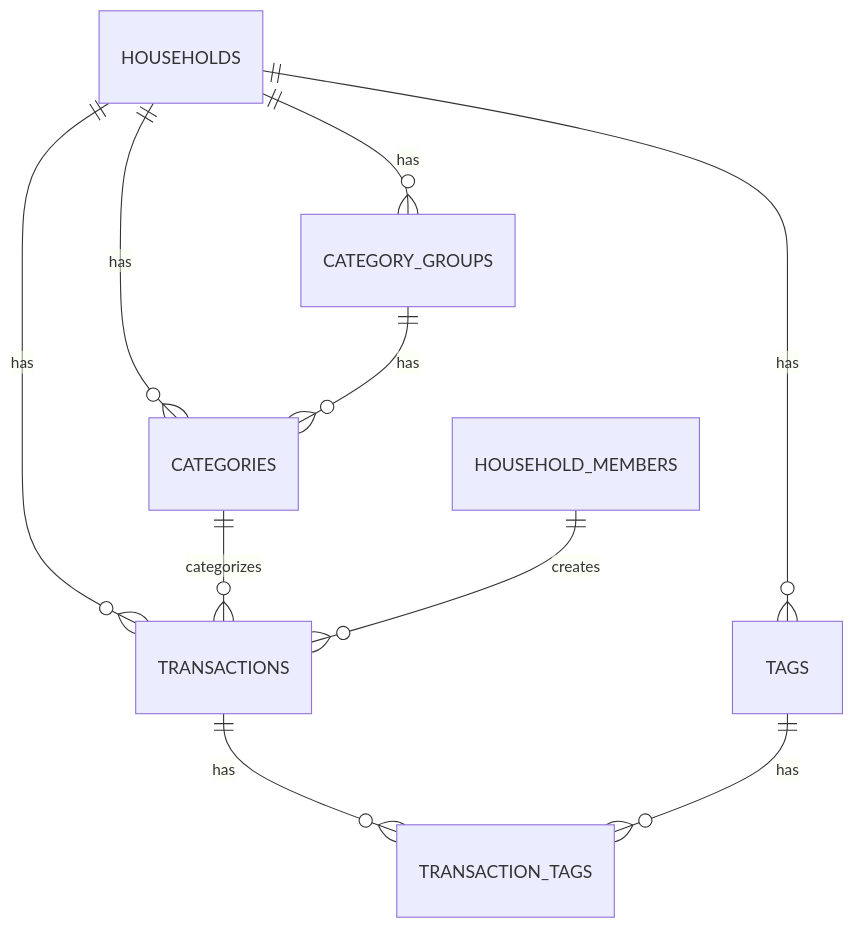
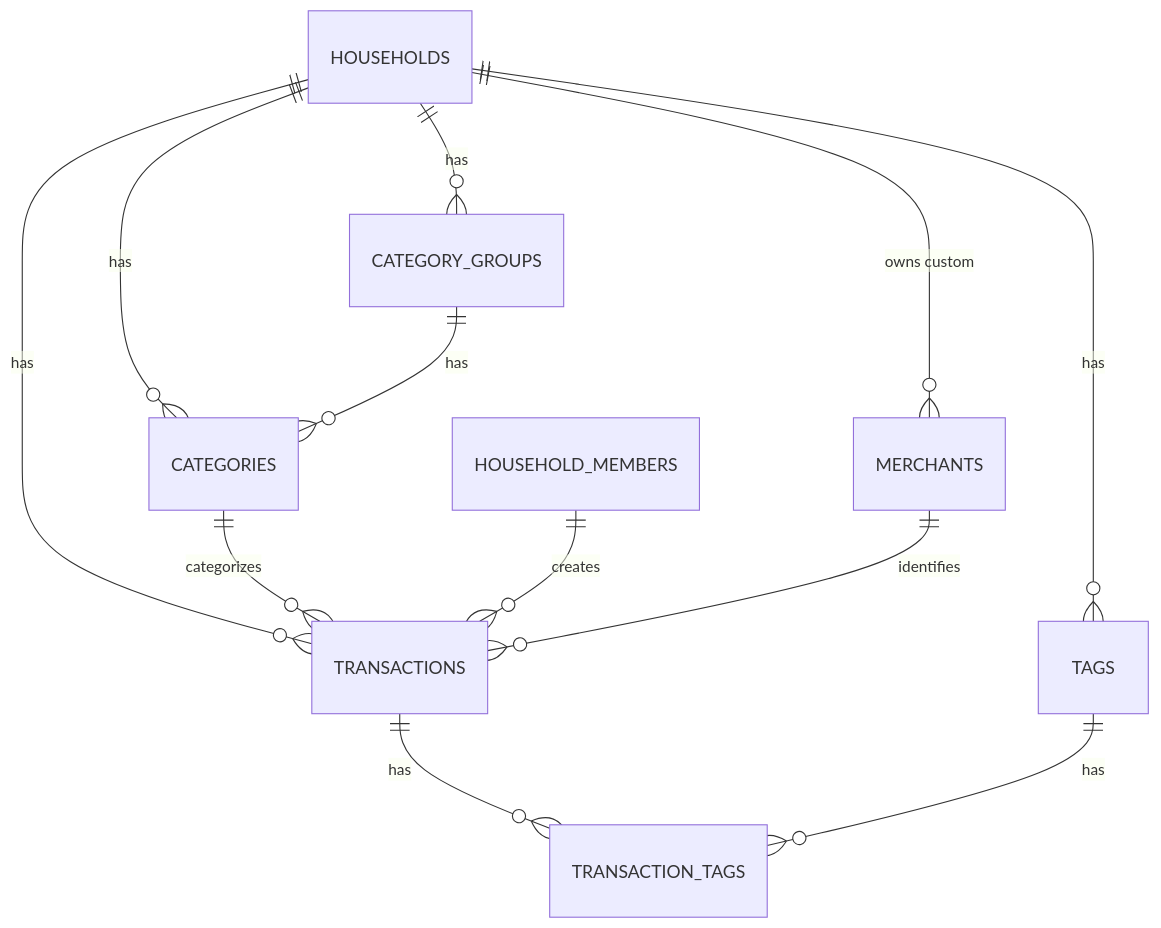
One commit to samuel-duhaime/firebird-money changed the second of 2 diagrams in README.md. Above: the diagram before and after it, drawn with Mermaid. The commit also changed other lines of this file and 54 other files, not shown here.

````diff
--- a/README.md
+++ b/README.md
@@ -225,12 +239,14 @@
 ```mermaid
 erDiagram
     HOUSEHOLDS ||--o{ CATEGORY_GROUPS : has
     HOUSEHOLDS ||--o{ CATEGORIES : has
     CATEGORY_GROUPS ||--o{ CATEGORIES : has
     HOUSEHOLDS ||--o{ TRANSACTIONS : has
     CATEGORIES ||--o{ TRANSACTIONS : categorizes
     HOUSEHOLD_MEMBERS ||--o{ TRANSACTIONS : creates
+    MERCHANTS ||--o{ TRANSACTIONS : identifies
+    HOUSEHOLDS ||--o{ MERCHANTS : "owns custom"
     HOUSEHOLDS ||--o{ TAGS : has
     TRANSACTIONS ||--o{ TRANSACTION_TAGS : has
     TAGS ||--o{ TRANSACTION_TAGS : has
 ```
````
